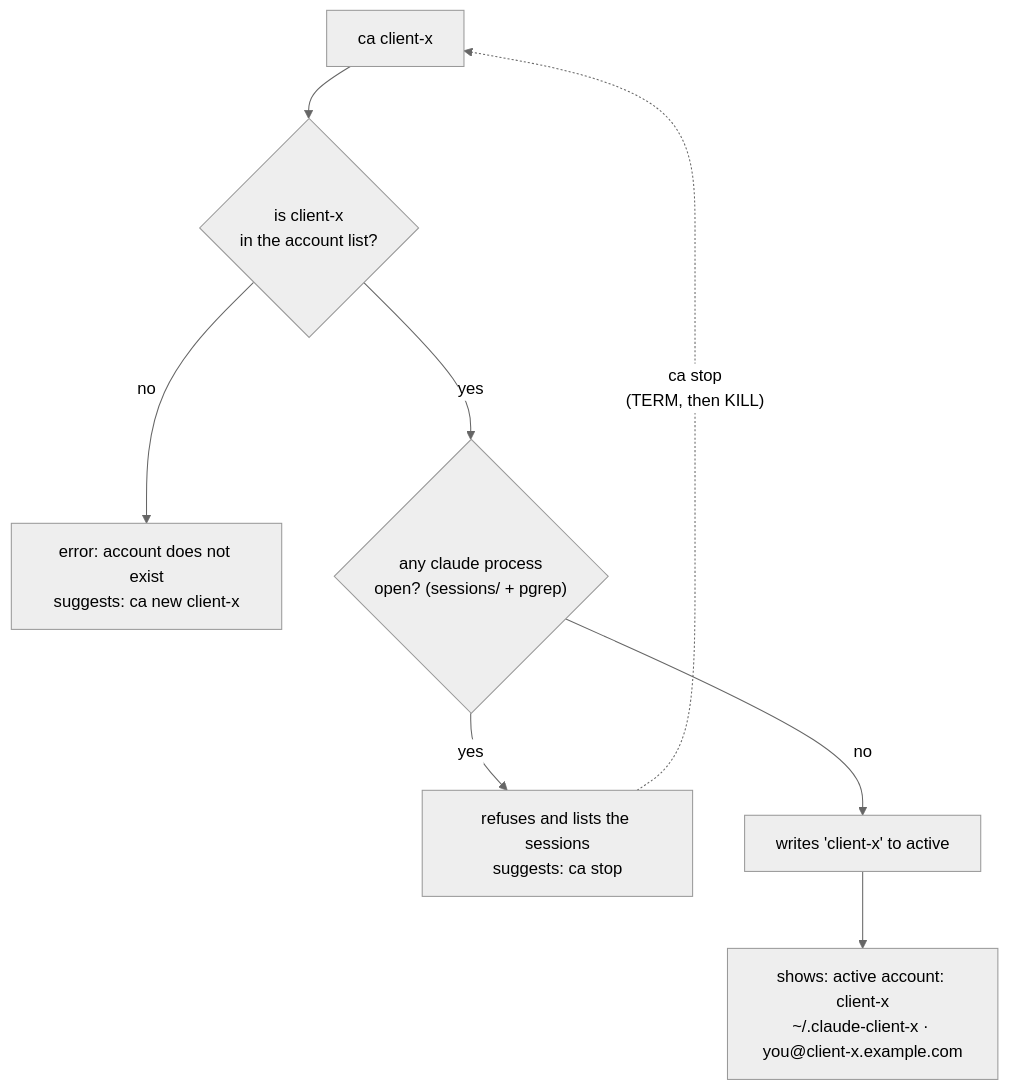
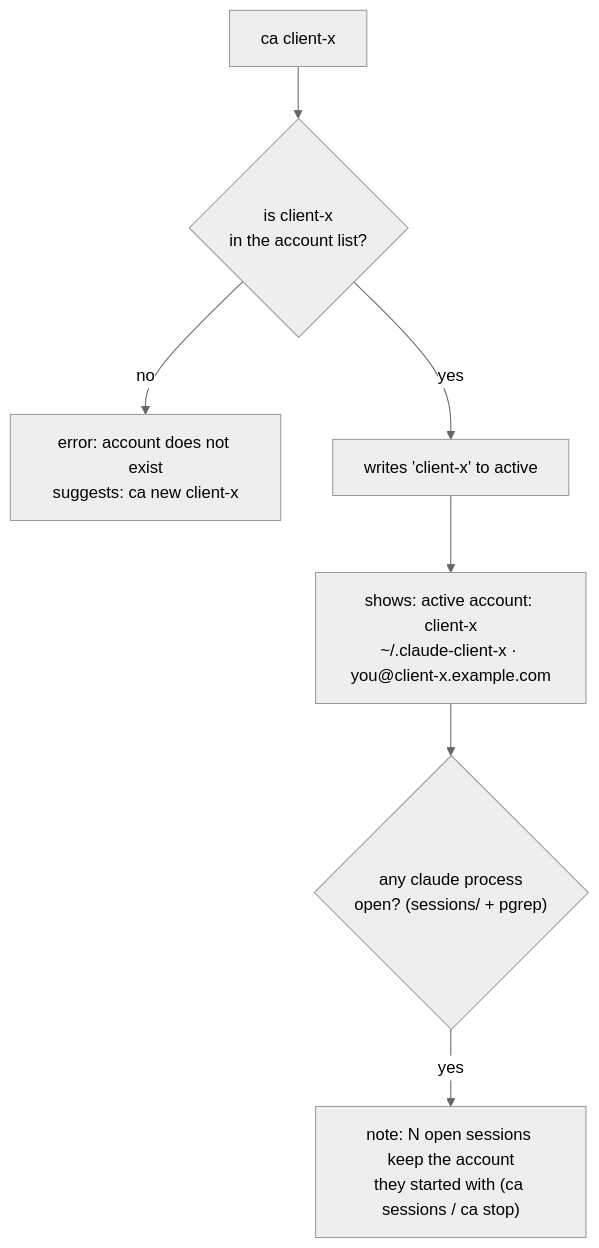
One commit to vitorRibeiro7/claude-accounts changed the third of 6 diagrams in docs/how-it-works.md. Above: the diagram before and after it, drawn with Mermaid (neutral theme). The commit also changed other lines of this file and 13 other files, not shown here.

First line of the commit message:
feat: ca NAME switches while sessions are open and says how many keep their account

````diff
--- a/docs/how-it-works.md
+++ b/docs/how-it-works.md
@@ -185,10 +185,9 @@
 ```mermaid
 flowchart TD
     A["ca client-x"] --> B{"is client-x<br/>in the account list?"}
     B -- no --> E1["error: account does not exist<br/>suggests: ca new client-x"]
-    B -- yes --> C{"any claude process<br/>open? (sessions/ + pgrep)"}
-    C -- yes --> E2["refuses and lists the sessions<br/>suggests: ca stop"]
-    C -- no --> D["writes 'client-x' to active"]
+    B -- yes --> D["writes 'client-x' to active"]
     D --> F["shows: active account: client-x<br/>~/.claude-client-x · you@client-x.example.com"]
-    E2 -. "ca stop<br/>(TERM, then KILL)" .-> A
+    F --> C{"any claude process<br/>open? (sessions/ + pgrep)"}
+    C -- yes --> N["note: N open sessions keep the account<br/>they started with (ca sessions / ca stop)"]
 ```
````
